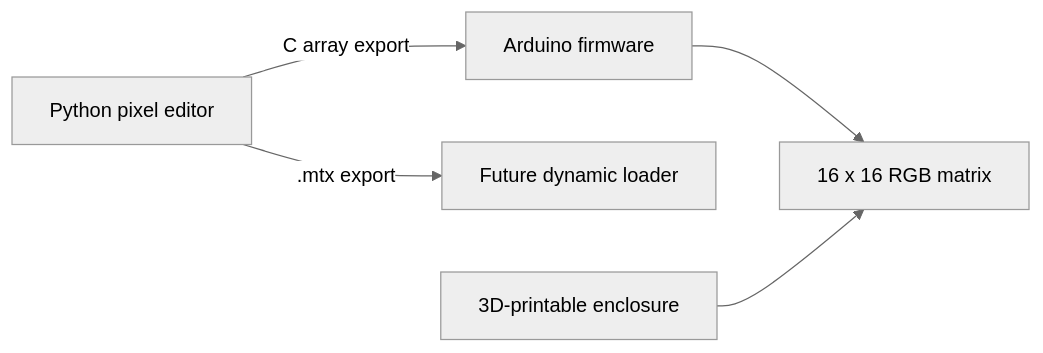
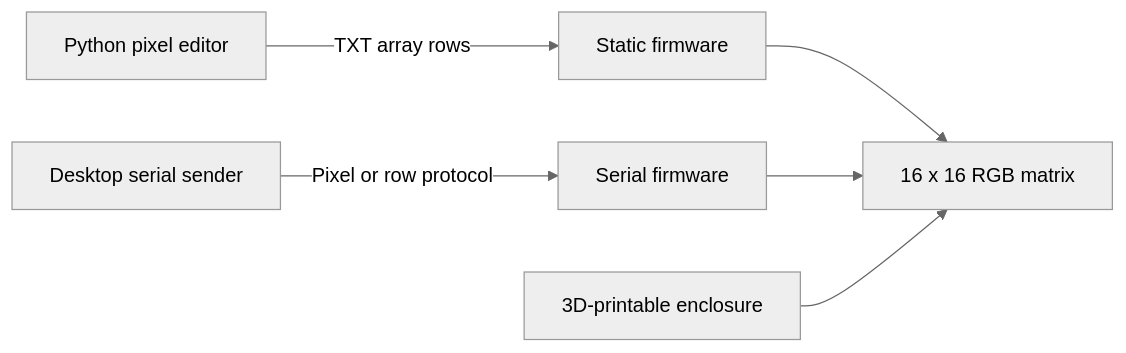
The diagram in README.md (GergelyTeszari/ArduinoNeoPixelMatrix), drawn with Mermaid (neutral theme) before and after one commit. The commit also changed other lines of this file and 1 other file, not shown here.

````diff
--- a/README.md
+++ b/README.md
@@ -9,7 +9,8 @@
 ```mermaid
 flowchart LR
-    A[Python pixel editor] -->|C array export| B[Arduino firmware]
-    A -->|.mtx export| C[Future dynamic loader]
-    B --> D[16 x 16 RGB matrix]
-    E[3D-printable enclosure] --> D
+    A[Python pixel editor] -->|TXT array rows| B[Static firmware]
+    C[Desktop serial sender] -->|Pixel or row protocol| D[Serial firmware]
+    B --> E[16 x 16 RGB matrix]
+    D --> E
+    F[3D-printable enclosure] --> E
 ```
````
